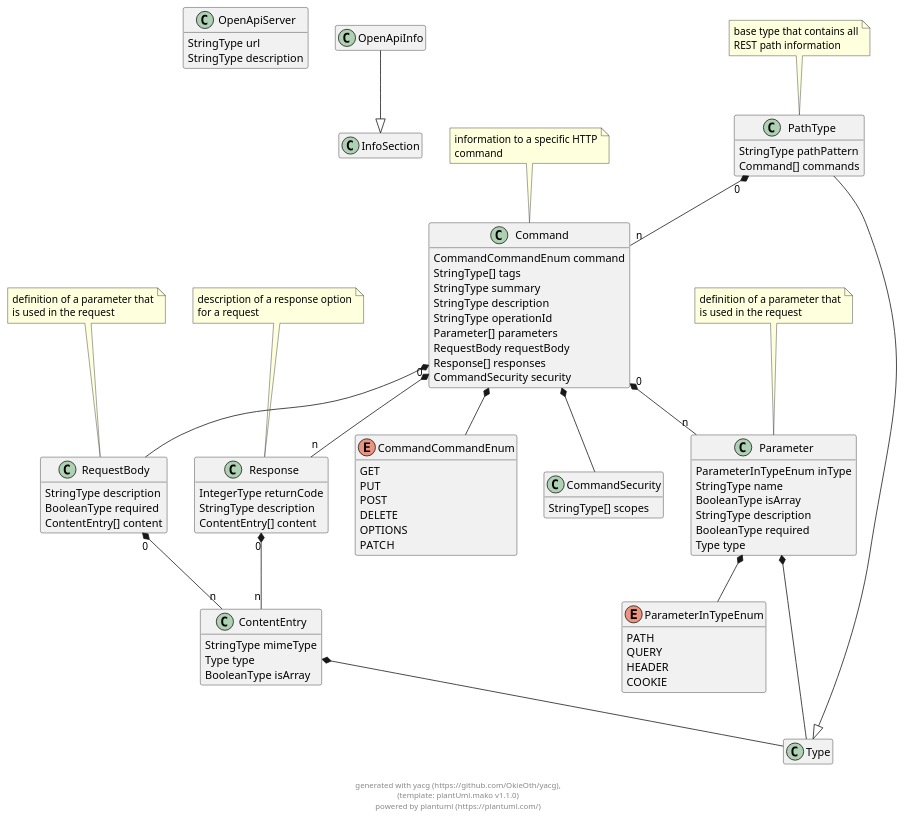
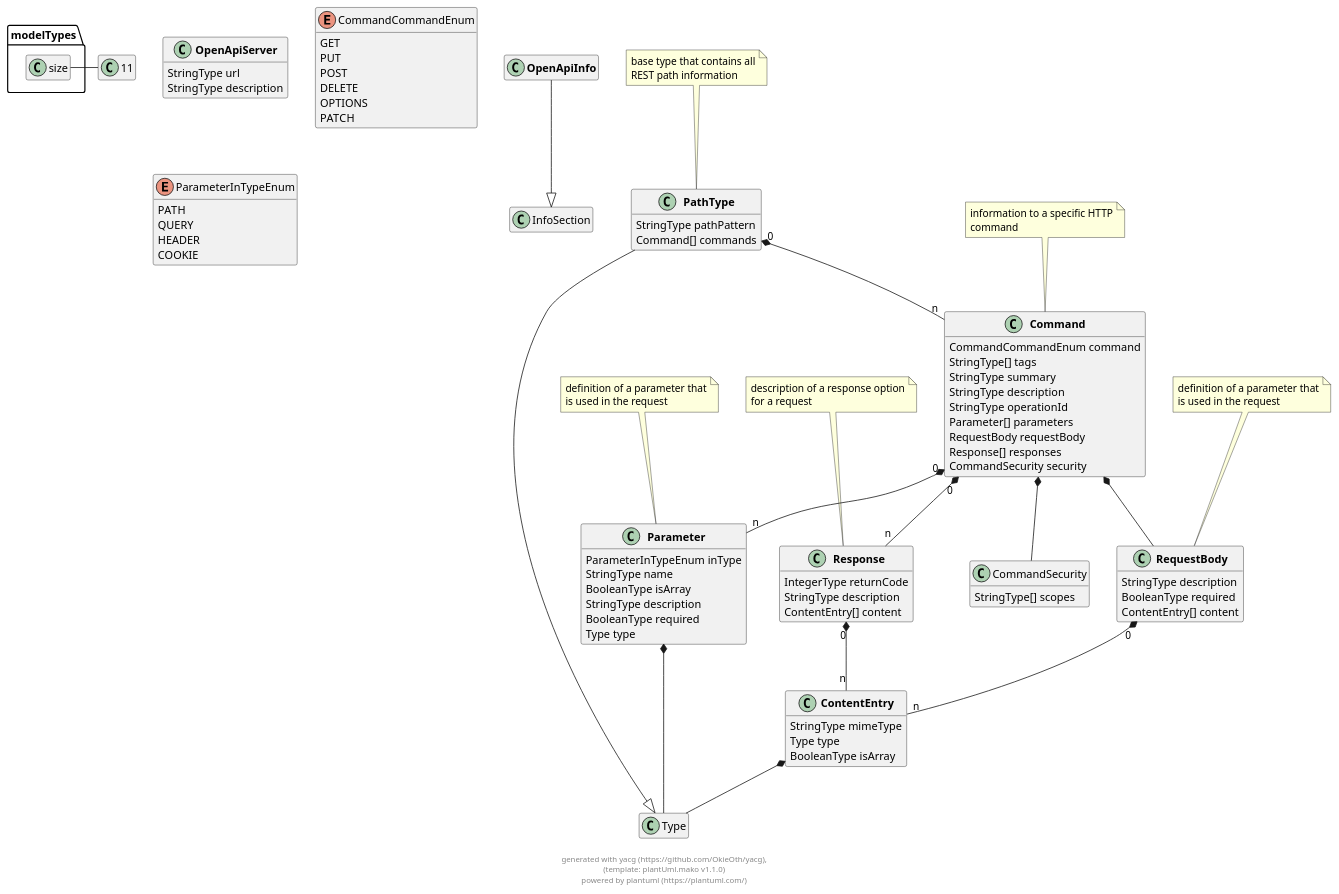
Before and after one commit to OkieOth/yacg: the diagram in docs/puml/yacg_openapi.puml, drawn with PlantUML. The commit also changed 19 other files, not shown here.

```diff
--- a/docs/puml/yacg_openapi.puml
+++ b/docs/puml/yacg_openapi.puml
@@ -2,160 +2,157 @@
 @startuml
 hide empty methods
 hide empty fields
 
-class OpenApiServer {
+modelTypes.size = 11
+
+
+class "**OpenApiServer**" as OpenApiServer {
         StringType url
         StringType description
 }
 
+ 
 
-class OpenApiInfo {
+class "**OpenApiInfo**" as OpenApiInfo {
 }
 
+OpenApiInfo --|> InfoSection
+ 
 
-OpenApiInfo --|> InfoSection
-class Command {
+class "**Command**" as Command {
         CommandCommandEnum command
         StringType[] tags
         StringType summary
         StringType description
         StringType operationId
         Parameter[] parameters
         RequestBody requestBody
         Response[] responses
         CommandSecurity security
 }
-
 note top: information to a specific HTTP\ncommand
 
-class PathType {
+ 
+
+class "**PathType**" as PathType {
         StringType pathPattern
         Command[] commands
 }
-
 note top: base type that contains all\nREST path information
 
 PathType --|> Type
-enum CommandCommandEnum {
+ 
+
+enum "CommandCommandEnum" as CommandCommandEnum {
     GET
     PUT
     POST
     DELETE
     OPTIONS
     PATCH
 }
 
-
-class Parameter {
+class "**Parameter**" as Parameter {
         ParameterInTypeEnum inType
         StringType name
         BooleanType isArray
         StringType description
         BooleanType required
         Type type
 }
-
 note top: definition of a parameter that\nis used in the request
 
-class RequestBody {
+ 
+
+class "**RequestBody**" as RequestBody {
         StringType description
         BooleanType required
         ContentEntry[] content
 }
-
 note top: definition of a parameter that\nis used in the request
 
-class Response {
+ 
+
+class "**Response**" as Response {
         IntegerType returnCode
         StringType description
         ContentEntry[] content
 }
-
 note top: description of a response option\nfor a request
 
-class CommandSecurity {
+ 
+
+class "CommandSecurity" as CommandSecurity {
         StringType[] scopes
 }
 
+ 
 
-class ContentEntry {
+class "**ContentEntry**" as ContentEntry {
         StringType mimeType
         Type type
         BooleanType isArray
 }
 
+ 
 
-enum ParameterInTypeEnum {
+enum "ParameterInTypeEnum" as ParameterInTypeEnum {
     PATH
     QUERY
     HEADER
     COOKIE
 }
 
 
-
     
 
 
     
     
-Command  *--  CommandCommandEnum
-            
 
 
 
 
 
 Command "0" *-- "n" Parameter
-            
 
 Command  *--  RequestBody
-            
 
 Command "0" *-- "n" Response
-            
 
 Command  *--  CommandSecurity
-            
 
     
 
 PathType "0" *-- "n" Command
-            
 
     
     
-Parameter  *--  ParameterInTypeEnum
-            
 
 
 
 
 
 Parameter  *--  Type
-            
 
     
 
 
 RequestBody "0" *-- "n" ContentEntry
-            
 
     
 
 
 Response "0" *-- "n" ContentEntry
-            
 
     
 
     
 
 ContentEntry  *--  Type
-            
 
 
     
 
 footer \ngenerated with yacg (https://github.com/OkieOth/yacg),\n(template: plantUml.mako v1.1.0)\npowered by plantuml (https://plantuml.com/)
 @enduml
```
